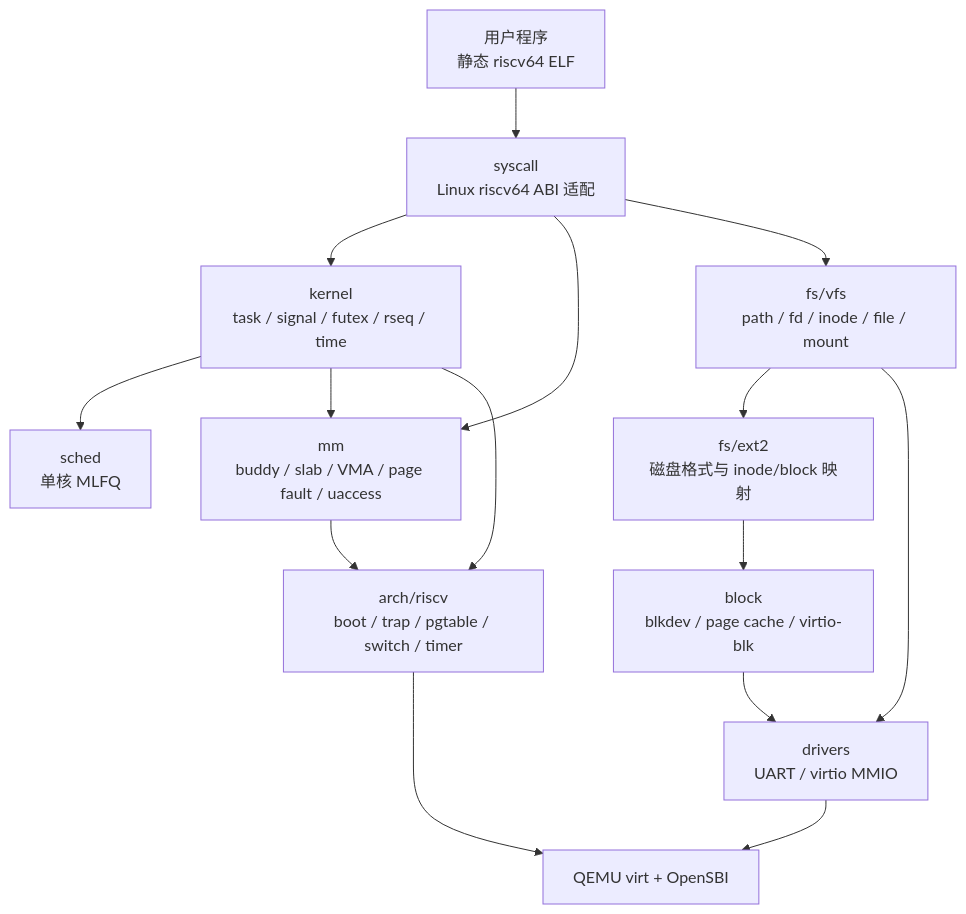
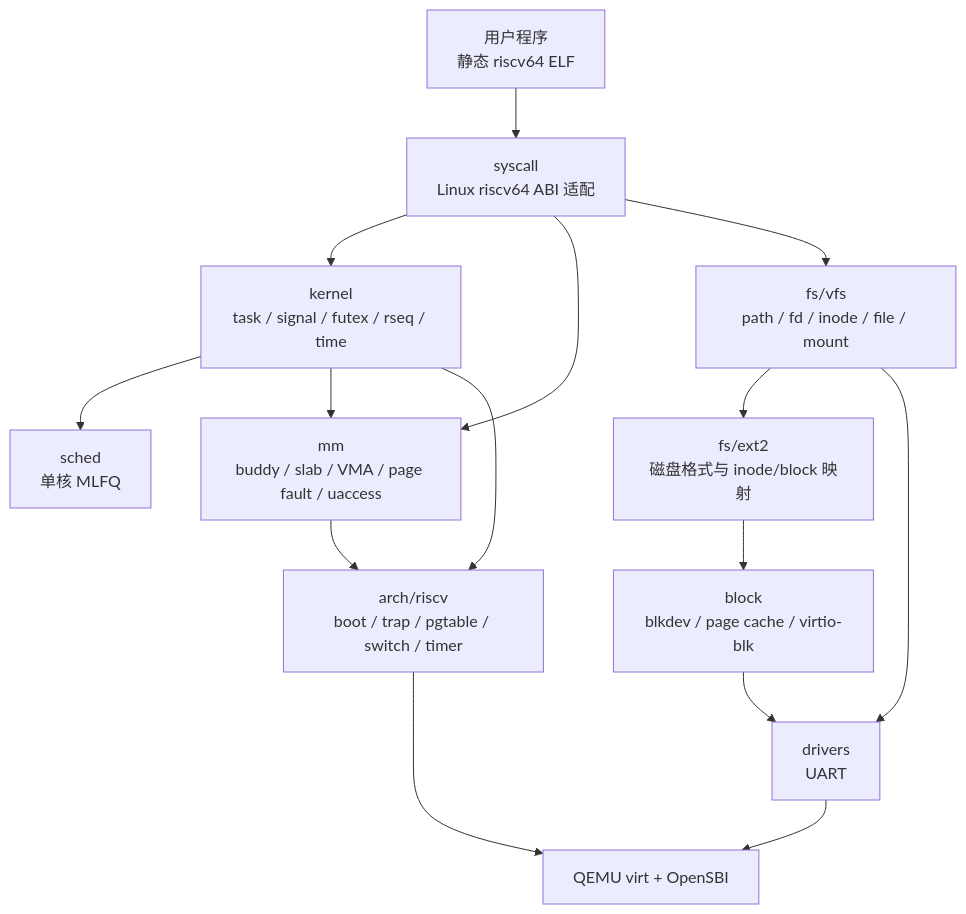
One commit to pillow-zx/CuteOS changed the first of 2 diagrams in docs/architecture/overview.md. Above: the diagram before and after it, drawn with Mermaid. The commit also changed other lines of this file and 19 other files, not shown here.

````diff
--- a/docs/architecture/overview.md
+++ b/docs/architecture/overview.md
@@ -27,29 +27,29 @@
 ```mermaid
 flowchart TB
     User["用户程序<br/>静态 riscv64 ELF"]
     Syscall["syscall<br/>Linux riscv64 ABI 适配"]
     Kernel["kernel<br/>task / signal / futex / rseq / time"]
     Sched["sched<br/>单核 MLFQ"]
     MM["mm<br/>buddy / slab / VMA / page fault / uaccess"]
     VFS["fs/vfs<br/>path / fd / inode / file / mount"]
     Ext2["fs/ext2<br/>磁盘格式与 inode/block 映射"]
     Block["block<br/>blkdev / page cache / virtio-blk"]
-    Drivers["drivers<br/>UART / virtio MMIO"]
+    Drivers["drivers<br/>UART"]
     Arch["arch/riscv<br/>boot / trap / pgtable / switch / timer"]
     HW["QEMU virt + OpenSBI"]
 
     User --> Syscall
     Syscall --> Kernel
     Syscall --> MM
     Syscall --> VFS
     Kernel --> Sched
     Kernel --> MM
     Kernel --> Arch
     MM --> Arch
     VFS --> Ext2
     VFS --> Drivers
     Ext2 --> Block
     Block --> Drivers
     Drivers --> HW
     Arch --> HW
 ```
````
